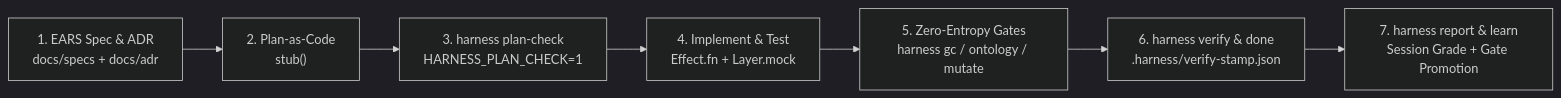
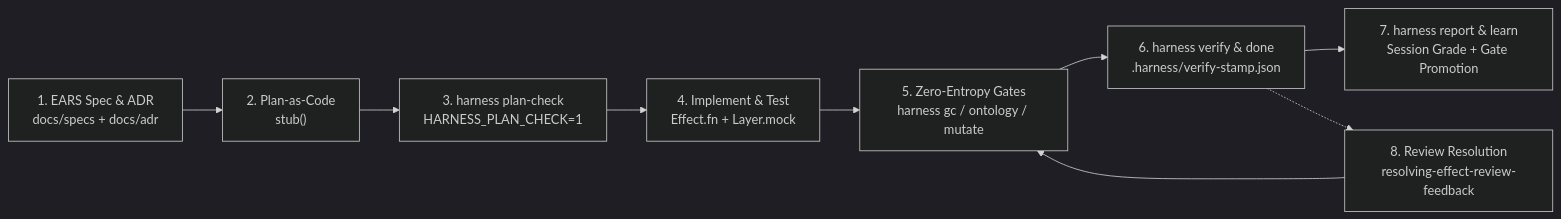
The second of 2 diagrams in README.md (selmeci/effect-es), drawn with Mermaid (dark theme) before and after one commit. The commit also changed other lines of this file and 61 other files, not shown here.

````diff
--- a/README.md
+++ b/README.md
@@ -87,9 +87,11 @@
 ```mermaid
 flowchart LR
   S1["1. EARS Spec & ADR\ndocs/specs + docs/adr"] --> S2["2. Plan-as-Code\nstub<A, E, R>()"]
   S2 --> S3["3. harness plan-check\nHARNESS_PLAN_CHECK=1"]
   S3 --> S4["4. Implement & Test\nEffect.fn + Layer.mock"]
   S4 --> S5["5. Zero-Entropy Gates\nharness gc / ontology / mutate"]
   S5 --> S6["6. harness verify & done\n.harness/verify-stamp.json"]
   S6 --> S7["7. harness report & learn\nSession Grade + Gate Promotion"]
+  S6 -.-> S8["8. Review Resolution\nresolving-effect-review-feedback"]
+  S8 --> S5
 ```
````
